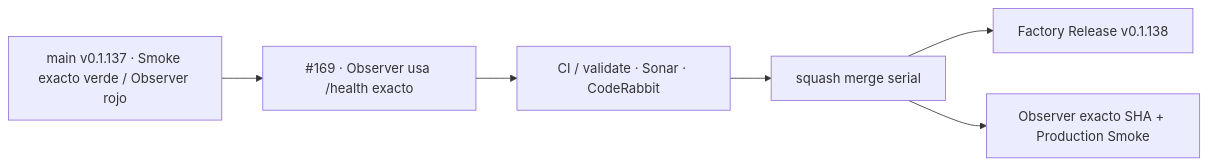
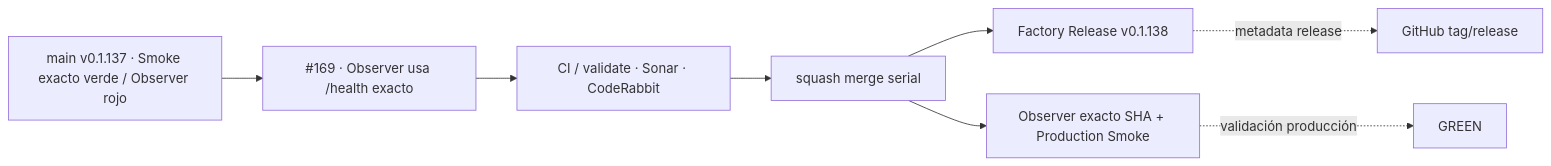
The diagram in README.md (pl0n3r/GrindFlow), drawn with Mermaid before and after one commit.

Commit message:
docs: separar release y validación productiva

````diff
--- a/README.md
+++ b/README.md
@@ -47,8 +47,10 @@
 ```mermaid
 flowchart LR
   A["main v0.1.137 · Smoke exacto verde / Observer rojo"] --> P["#169 · Observer usa /health exacto"]
   P --> Q["CI / validate · Sonar · CodeRabbit"]
   Q --> M["squash merge serial"]
   M --> R["Factory Release v0.1.138"]
   M --> X["Observer exacto SHA + Production Smoke"]
+  R -. "metadata release" .-> Z["GitHub tag/release"]
+  X -. "validación producción" .-> Y["GREEN"]
 ```
````
